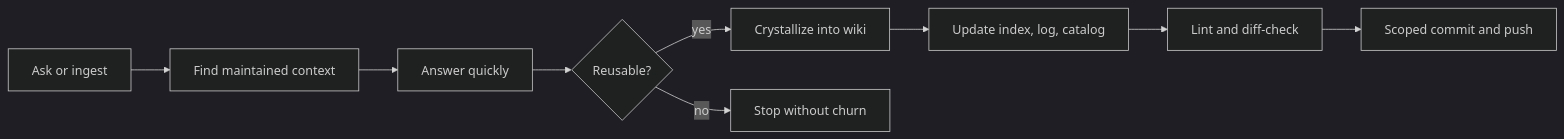
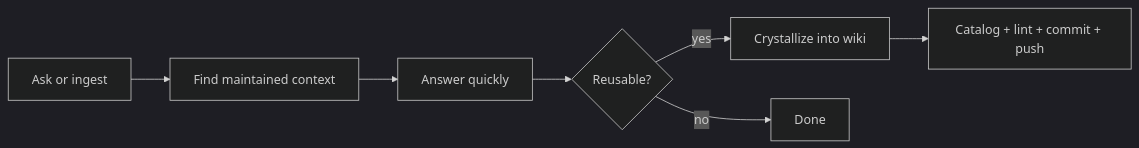
Before and after one commit to appleweiping/WEIPING_WIKI: the diagram in README.md, drawn with Mermaid (dark theme). The commit also changed other lines of this file, not shown here.

````diff
--- a/README.md
+++ b/README.md
@@ -46,11 +80,9 @@
 ```mermaid
 flowchart LR
-  A["Ask or ingest"] --> B["Find maintained context"]
-  B --> C["Answer quickly"]
-  C --> D{"Reusable?"}
-  D -- yes --> E["Crystallize into wiki"]
-  D -- no --> F["Stop without churn"]
-  E --> G["Update index, log, catalog"]
-  G --> H["Lint and diff-check"]
-  H --> I["Scoped commit and push"]
+  A[Ask or ingest] --> B[Find maintained context]
+  B --> C[Answer quickly]
+  C --> D{Reusable?}
+  D -- yes --> E[Crystallize into wiki]
+  D -- no --> F[Done]
+  E --> G[Catalog + lint + commit + push]
 ```
````
